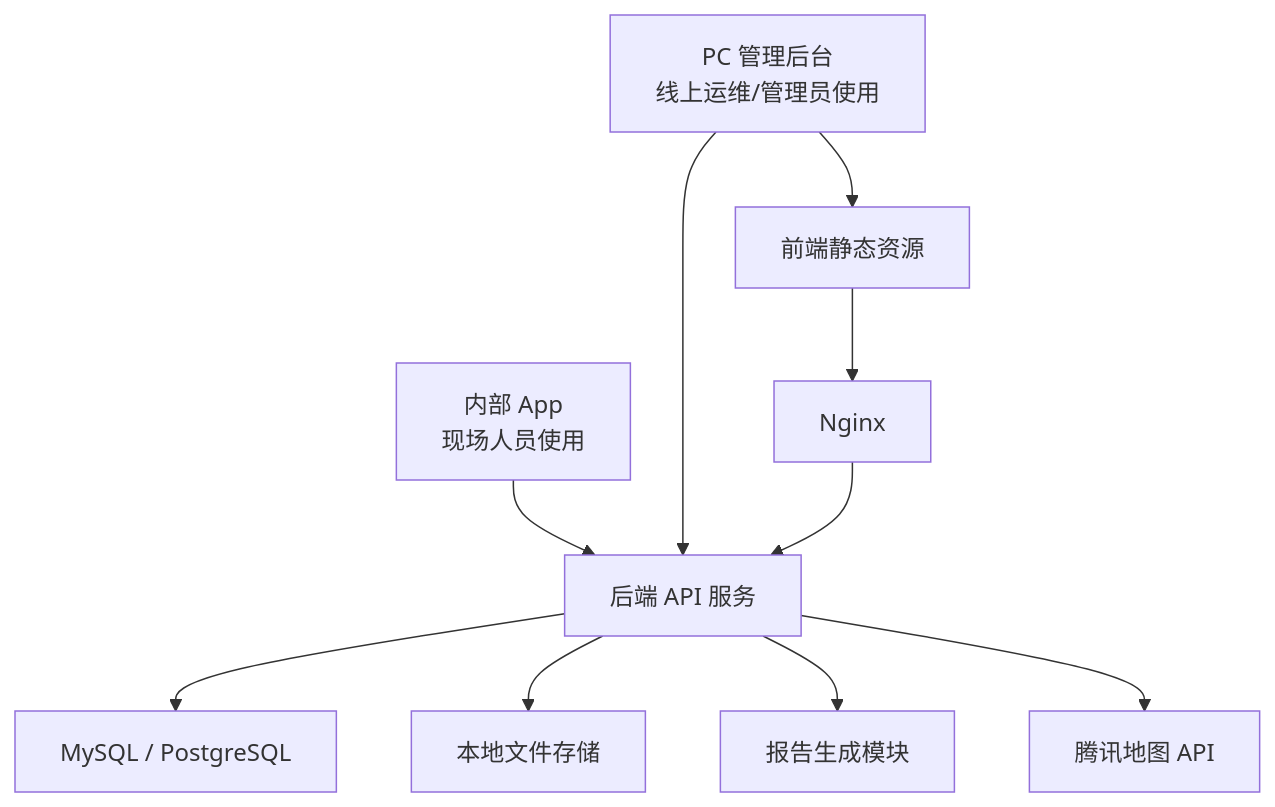
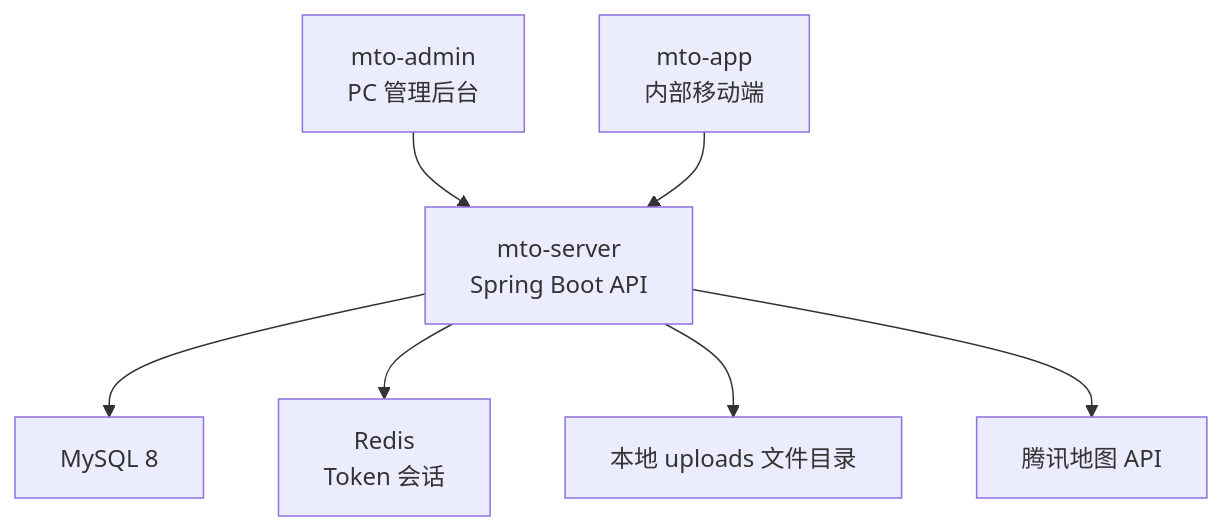
One commit to Plutogbiu/met-mto changed the diagram in docs/02-技术架构设计.md. Above: the diagram before and after it, drawn with Mermaid. The commit also changed other lines of this file and 159 other files, not shown here.

````diff
--- a/docs/02-技术架构设计.md
+++ b/docs/02-技术架构设计.md
@@ -19,14 +17,9 @@
 ```mermaid
 flowchart TB
-    App["内部 App<br/>现场人员使用"] --> API["后端 API 服务"]
-    Admin["PC 管理后台<br/>线上运维/管理员使用"] --> API
-
-    API --> DB["MySQL / PostgreSQL"]
-    API --> File["本地文件存储"]
-    API --> Report["报告生成模块"]
+    Admin["mto-admin<br/>PC 管理后台"] --> API["mto-server<br/>Spring Boot API"]
+    App["mto-app<br/>内部移动端"] --> API
+    API --> DB["MySQL 8"]
+    API --> Redis["Redis<br/>Token 会话"]
+    API --> Uploads["本地 uploads 文件目录"]
     API --> Map["腾讯地图 API"]
-
-    Admin --> Static["前端静态资源"]
-    Static --> Nginx["Nginx"]
-    Nginx --> API
 ```
````
